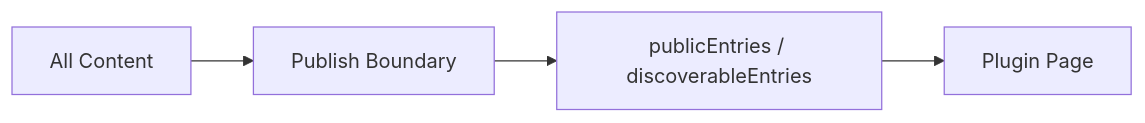
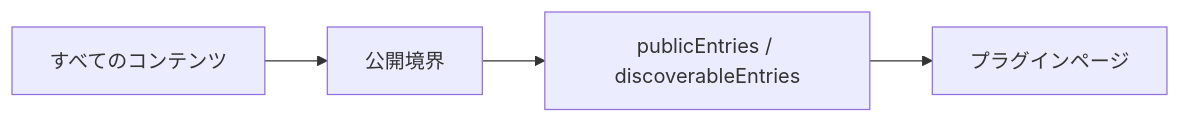
The ninth of 14 diagrams in docs/docs/framework/page-system.ja.md (Rerurate514/riebeckite), drawn with Mermaid before and after one commit. The commit also changed other lines of this file and 310 other files, not shown here.

````diff
--- a/docs/docs/framework/page-system.ja.md
+++ b/docs/docs/framework/page-system.ja.md
@@ -277,11 +251,11 @@
 ```mermaid id="s4t3xz"
 flowchart LR
-    All["All Content"]
-    Publish["Publish Boundary"]
+    All["すべてのコンテンツ"]
+    Publish["公開境界"]
     Public["publicEntries / discoverableEntries"]
-    Page["Plugin Page"]
+    Page["プラグインページ"]
 
     All --> Publish
     Publish --> Public
     Public --> Page
 ```
````
